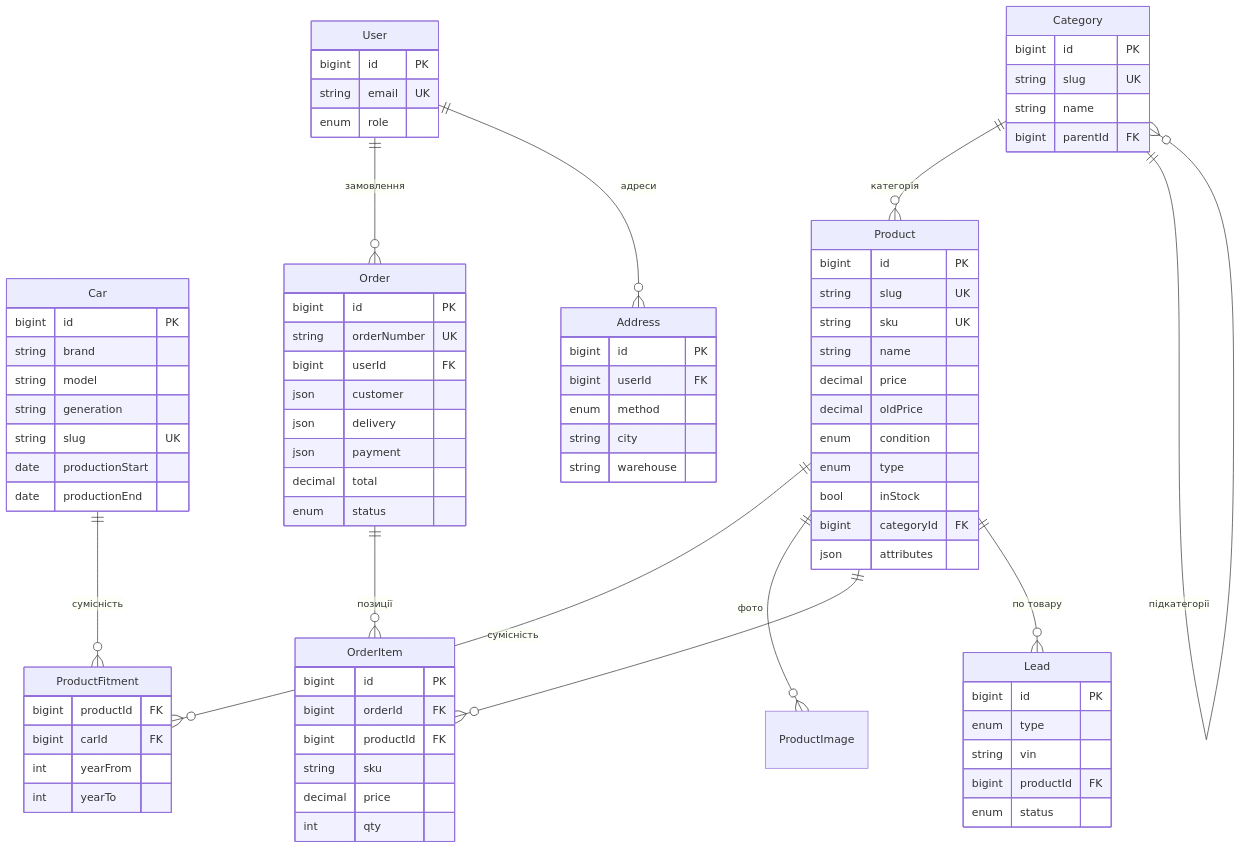
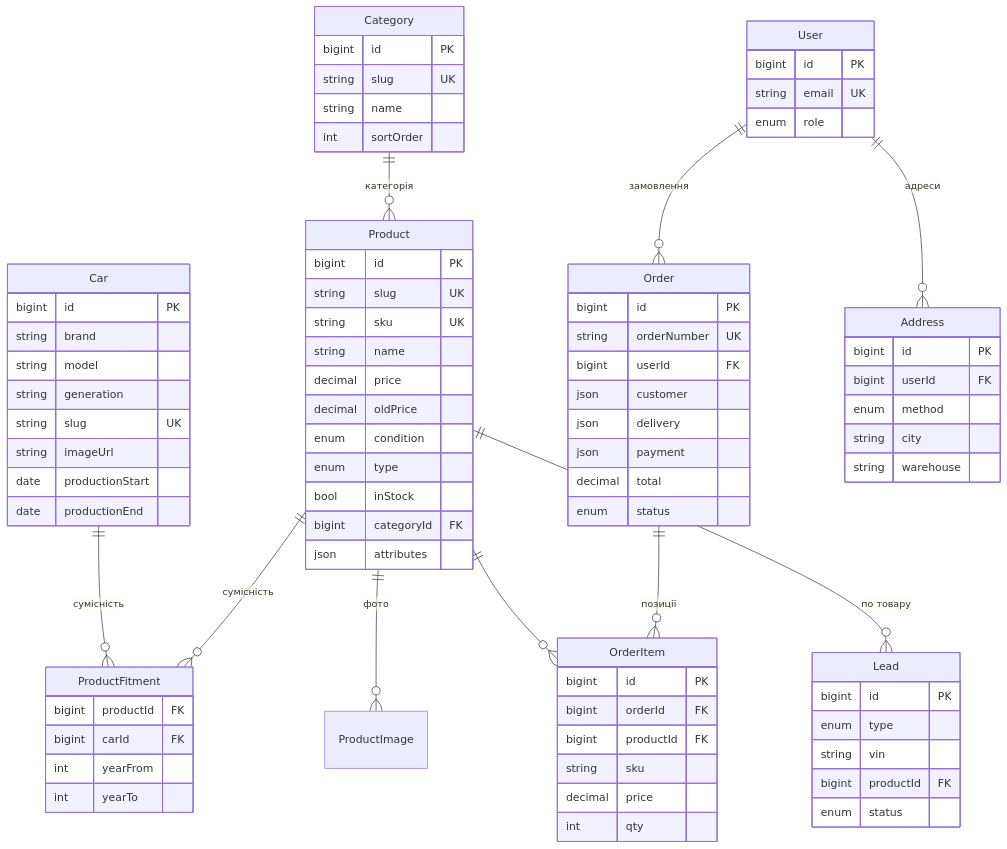
Before and after one commit to vvbogdanovih/tesla-meta: the diagram in docs/db-schema.md, drawn with Mermaid. The commit also changed other lines of this file and 1 other file, not shown here.

Commit message:
docs: CLAUDE.md + db-schema (категорії плоскі, Car.imageUrl + обовʼязкова дата)

```diff
--- a/docs/db-schema.md
+++ b/docs/db-schema.md
@@ -16,7 +16,6 @@
   Car             ||--o{ ProductFitment : "сумісність"
   Product         ||--o{ ProductFitment : "сумісність"
   Category        ||--o{ Product        : "категорія"
-  Category        ||--o{ Category        : "підкатегорії"
   Product         ||--o{ ProductImage   : "фото"
   Product         ||--o{ OrderItem      : ""
   Order           ||--o{ OrderItem      : "позиції"
@@ -30,6 +29,7 @@
     string model
     string generation
     string slug UK
+    string imageUrl
     date   productionStart
     date   productionEnd
   }
@@ -37,7 +37,7 @@
     bigint id PK
     string slug UK
     string name
-    bigint parentId FK
+    int    sortOrder
   }
   Product {
     bigint id PK
```
